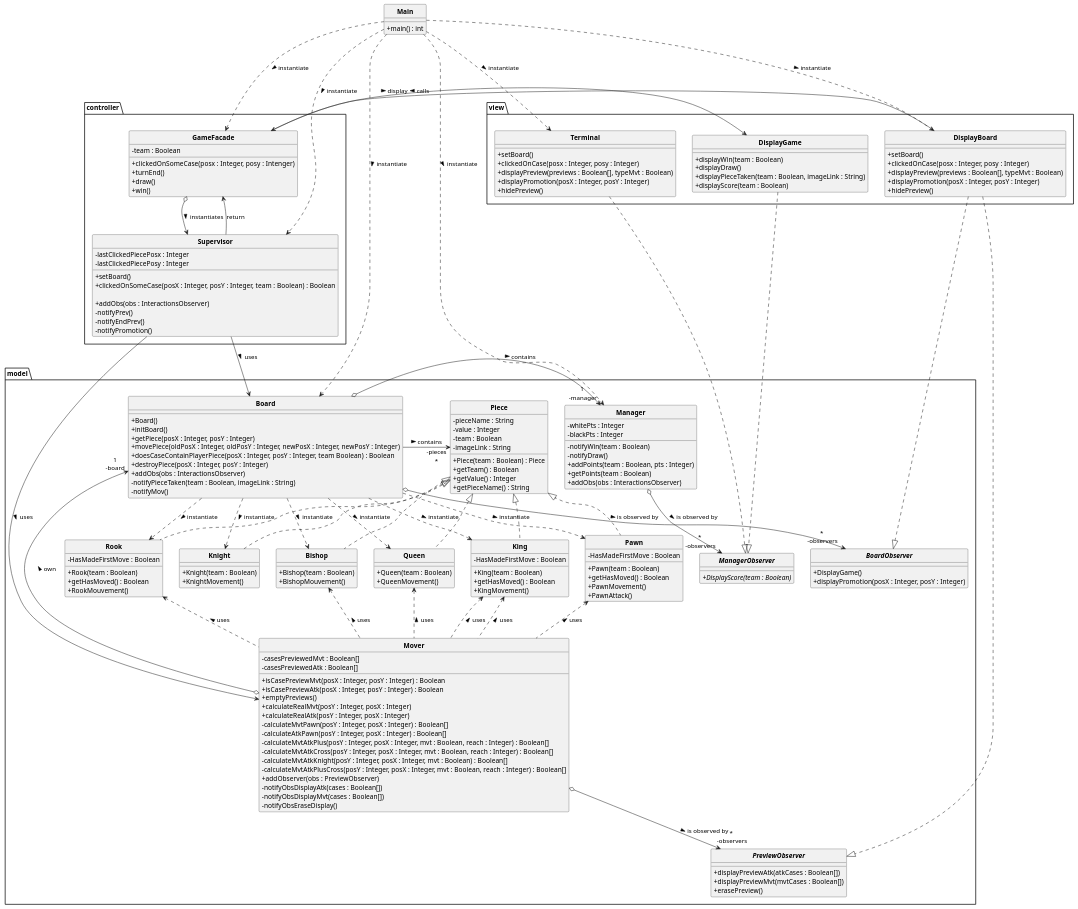
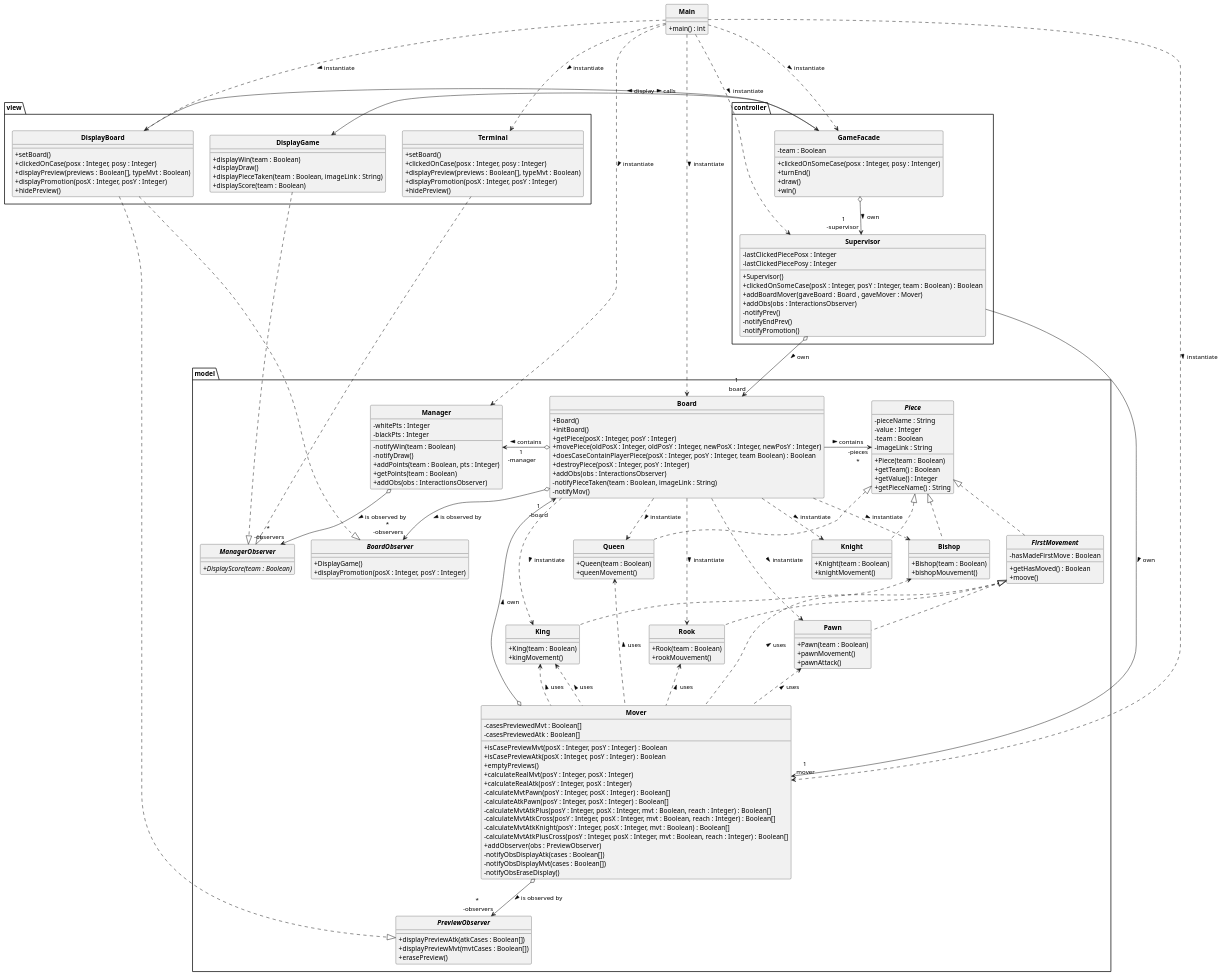
Before and after one commit to SharkyFlou/chess-game: the diagram in class_diagram_clean.puml, drawn with PlantUML. The commit also changed 3 other files, not shown here.

Commit message:
Renommage DisplayGame -> DisplayBoard, fix qlq bugs

```diff
--- a/class_diagram_clean.puml
+++ b/class_diagram_clean.puml
@@ -57,53 +57,53 @@
             +erasePreview()
         }
 
-        class Piece{
+        abstract class Piece{
             - pieceName : String
             - value : Integer
             - team : Boolean
             - imageLink : String
 
-            + Piece(team : Boolean) : Piece 
+            + Piece(team : Boolean) 
             + getTeam() : Boolean
             + getValue() : Integer
             + getPieceName() : String
         }
 
-        class Pawn implements Piece{
-            - HasMadeFirstMove : Boolean
+        class Pawn implements FirstMovement{
             + Pawn(team : Boolean)
-            + getHasMoved() : Boolean
-            + PawnMovement()
-            + PawnAttack()
+            + pawnMovement()
+            + pawnAttack()
         }
 
-        class King implements Piece{
-            - HasMadeFirstMove : Boolean
+        abstract class FirstMovement implements Piece{
+            - hasMadeFirstMove : Boolean
+            + getHasMoved() : Boolean
+            + moove()
+        }
+
+        class King implements FirstMovement{
             + King(team : Boolean)
-            + getHasMoved() : Boolean
-            + KingMovement()
+            + kingMovement()
         }
 
         class Queen implements Piece{
             + Queen(team : Boolean)
-            + QueenMovement()
+            + queenMovement()
         }
 
         class Bishop implements Piece{
             + Bishop(team : Boolean) 
-            + BishopMouvement()
+            + bishopMouvement()
         }
 
-        class Rook implements Piece{
-            - HasMadeFirstMove : Boolean
+        class Rook implements FirstMovement{
             + Rook(team : Boolean)
-            + getHasMoved() : Boolean
-            + RookMouvement()
+            + rookMouvement()
         }
 
         class Knight implements Piece{
             + Knight(team : Boolean)
-            + KnightMovement()
+            + knightMovement()
         }
 
         interface BoardObserver{
@@ -137,9 +137,9 @@
             - lastClickedPiecePosx : Integer
             - lastClickedPiecePosy : Integer 
             ' on garde pas une piece en privé car on peut trouver la piece selon sa position
-            + setBoard()
+            + Supervisor()
             + clickedOnSomeCase(posX : Integer, posY : Integer, team : Boolean) : Boolean
-            
+            + addBoardMover(gaveBoard : Board , gaveMover : Mover)
             + addObs(obs : InteractionsObserver)
             - notifyPrev()
             - notifyEndPrev()
@@ -193,6 +193,7 @@
     Main ..> Terminal : "instantiate >"
     Main ..> Supervisor : "instantiate >"
     Main ..> Manager : "instantiate >"
+    Main ..> Mover : "instantiate >"
     
     'view
     'DisplayBoard o-d-> PanelBoard : "use >"
@@ -220,15 +221,14 @@
     Board -> "-pieces\n*" Piece : " contains >"
 
     'controller
-    GameFacade o--> Supervisor : "instantiates >"
-    Supervisor --> GameFacade : "return"
+    GameFacade o--> "1\n-supervisor " Supervisor : "own >"
    
 
 
     'relation view - controller
     'cette relation envoie la position de la case cliquee a controller
-    DisplayBoard -right-> GameFacade : "calls >"  
-    GameFacade -> DisplayGame : "display >"
+    DisplayBoard -right-> GameFacade : > calls  
+    GameFacade -> DisplayGame : > display
     
     'relation view - model
     DisplayGame ..|> ManagerObserver : ""
@@ -237,8 +237,8 @@
     DisplayBoard ..|> PreviewObserver : ""
 
     'relation controller - model
-    Supervisor --> Board : "uses >"
-    Supervisor -r-> Mover : "uses >"
+    Supervisor o--> "1\n board" Board : > own 
+    Supervisor -r-> "1\n mover" Mover : > own 
 
 
     'layout
```
